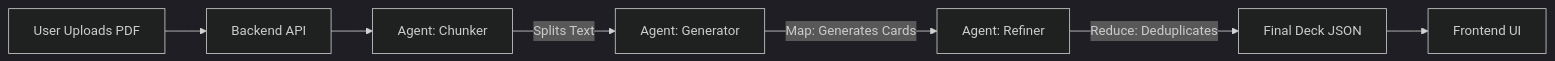
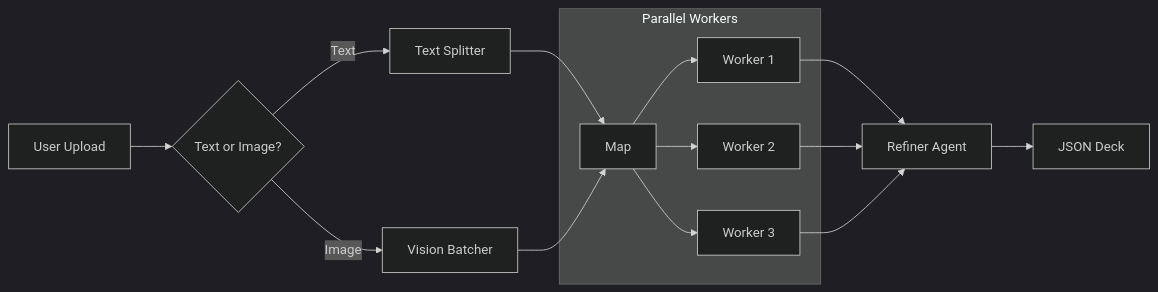
The diagram in README.md (mysticalseeker24/flashdeck-ai-native), drawn with Mermaid (dark theme) before and after one commit. The commit also changed other lines of this file and 7 other files, not shown here.

Commit message:
release: v2.0 Turbo - Map-Reduce, Vision, and Batching Support

````diff
--- a/README.md
+++ b/README.md
@@ -13,9 +18,21 @@
 ```mermaid
 graph LR
-    User[User Uploads PDF] --> B[Backend API]
-    B --> A1[Agent: Chunker]
-    A1 -->|Splits Text| A2[Agent: Generator]
-    A2 -->|Map: Generates Cards| A3[Agent: Refiner]
-    A3 -->|Reduce: Deduplicates| DB[Final Deck JSON]
-    DB --> F[Frontend UI]
+    PDF[User Upload] --> Router{Text or Image?}
+    Router -->|Text| Chunker[Text Splitter]
+    Router -->|Image| Batcher[Vision Batcher]
+    
+    Chunker --> Map
+    Batcher --> Map
+    
+    subgraph Parallel Workers
+    Map --> W1[Worker 1]
+    Map --> W2[Worker 2]
+    Map --> W3[Worker 3]
+    end
+    
+    W1 --> Reducer[Refiner Agent]
+    W2 --> Reducer
+    W3 --> Reducer
+    
+    Reducer --> FinalDeck[JSON Deck]
 ```
````
